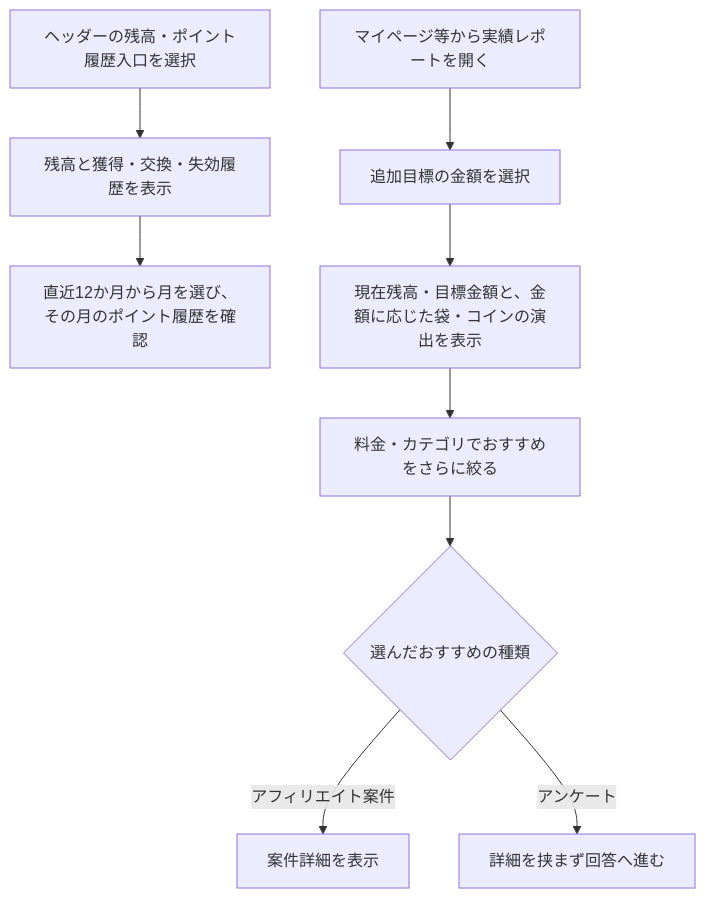
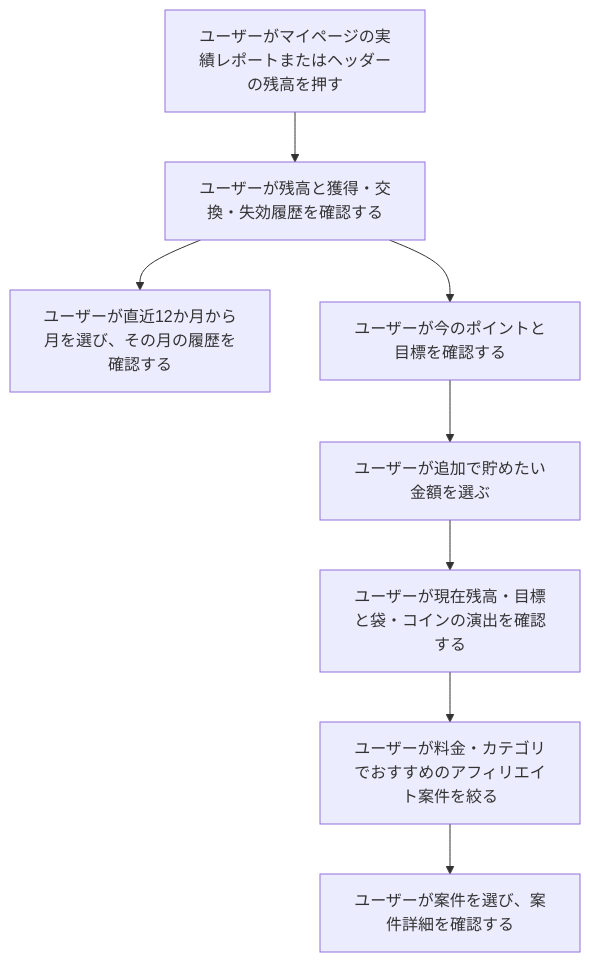
Before and after one commit to Min-Thu-Khant/pochipo-mock-en: the first of 2 diagrams in docs/prd/features/F12-points.md, drawn with Mermaid. The commit also changed other lines of this file and 8 other files, not shown here.

````diff
--- a/docs/prd/features/F12-points.md
+++ b/docs/prd/features/F12-points.md
@@ -70,11 +67,10 @@
 ```mermaid
 flowchart TD
-  A["ヘッダーの残高・ポイント履歴入口を選択"] --> B["残高と獲得・交換・失効履歴を表示"]
-  B --> C["直近12か月から月を選び、その月のポイント履歴を確認"]
-  D["マイページ等から実績レポートを開く"] --> E["追加目標の金額を選択"]
-  E --> F["現在残高・目標金額と、金額に応じた袋・コインの演出を表示"]
-  F --> G["料金・カテゴリでおすすめをさらに絞る"]
-  G --> H{"選んだおすすめの種類"}
-  H -->|アフィリエイト案件| I["案件詳細を表示"]
-  H -->|アンケート| J["詳細を挟まず回答へ進む"]
+  A["ユーザーがマイページの実績レポートまたはヘッダーの残高を押す"] --> B["ユーザーが残高と獲得・交換・失効履歴を確認する"]
+  B --> C["ユーザーが直近12か月から月を選び、その月の履歴を確認する"]
+  B --> D["ユーザーが今のポイントと目標を確認する"]
+  D --> E["ユーザーが追加で貯めたい金額を選ぶ"]
+  E --> F["ユーザーが現在残高・目標と袋・コインの演出を確認する"]
+  F --> G["ユーザーが料金・カテゴリでおすすめのアフィリエイト案件を絞る"]
+  G --> H["ユーザーが案件を選び、案件詳細を確認する"]
 ```
````
